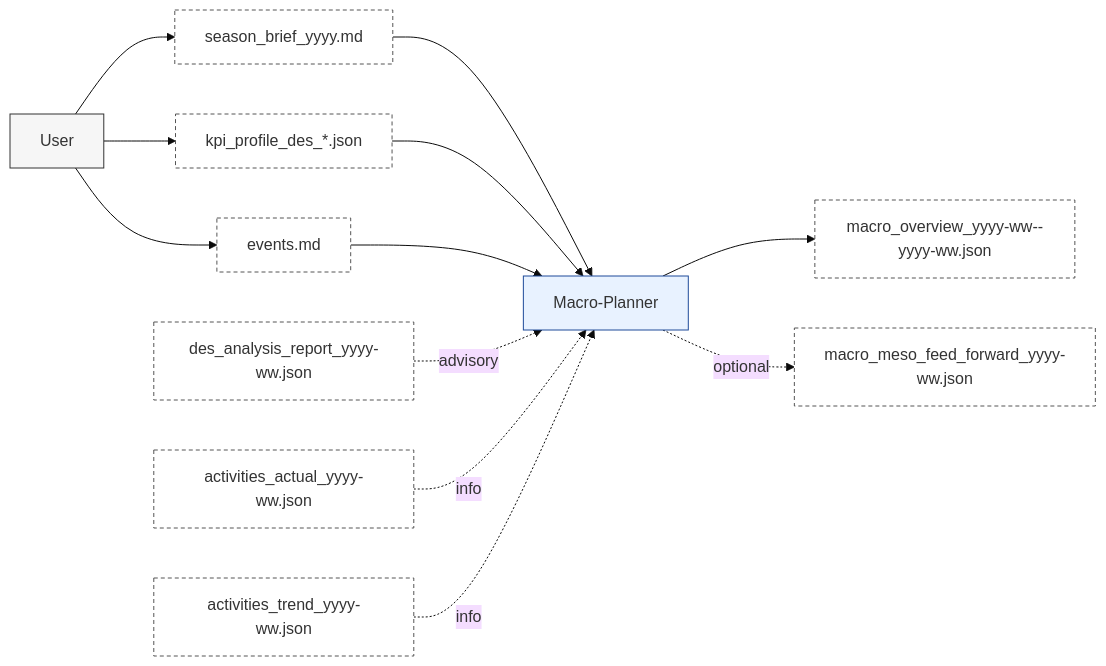
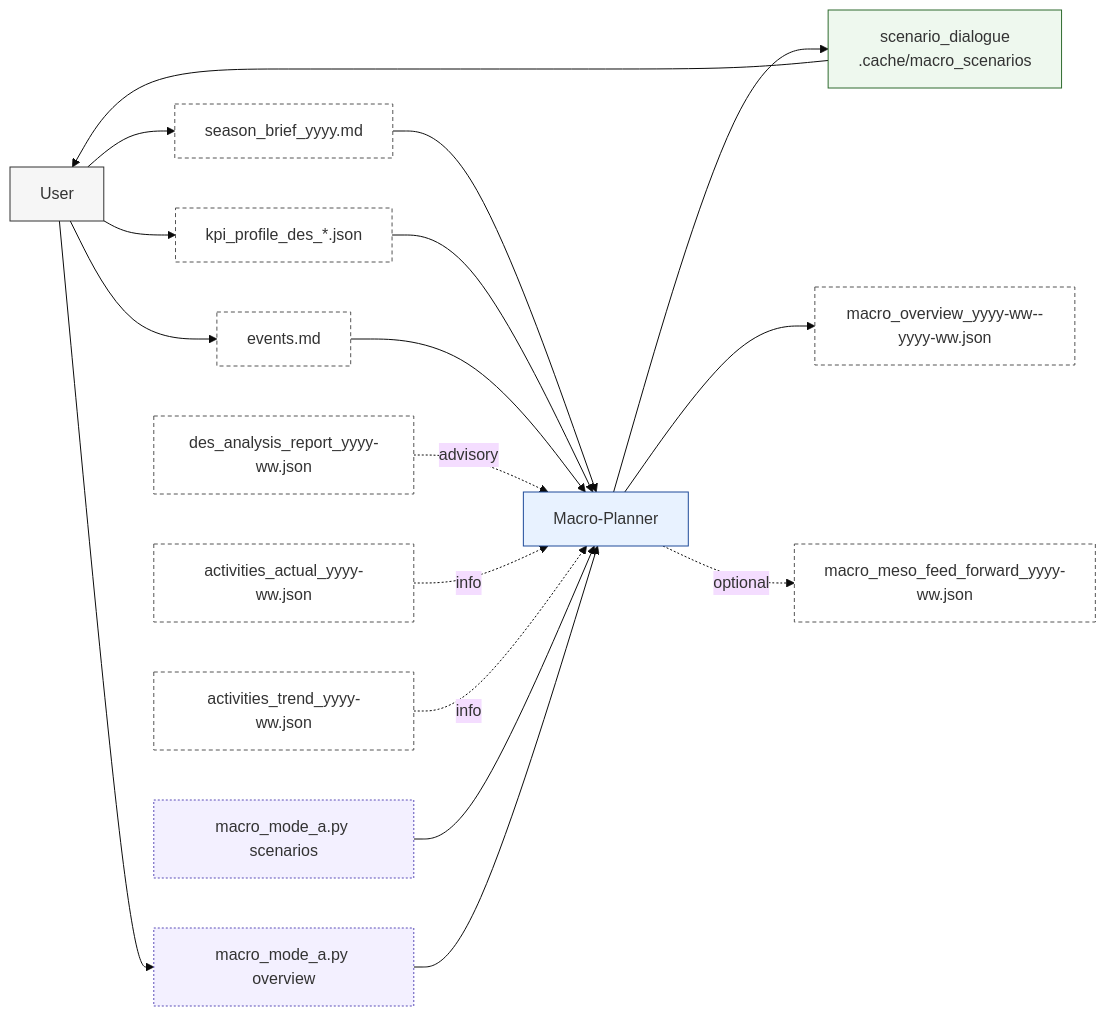
The second of 7 diagrams in doc/artefact_flow_overview_and_detail.md (albauer-priv/RPS), drawn with Mermaid (base theme) before and after one commit. The commit also changed other lines of this file and 45 other files, not shown here.

````diff
--- a/doc/artefact_flow_overview_and_detail.md
+++ b/doc/artefact_flow_overview_and_detail.md
@@ -115,16 +118,22 @@
 ```mermaid
 flowchart LR
   U[User]:::actor --> SB[season_brief_yyyy.md]:::artefact --> MA[Macro-Planner]:::agent
   U --> KP[kpi_profile_des_*.json]:::artefact --> MA
   U --> EV[events.md]:::artefact --> MA
   DR[des_analysis_report_yyyy-ww.json]:::artefact -. advisory .-> MA
   AA[activities_actual_yyyy-ww.json]:::artefact -. info .-> MA
   AT[activities_trend_yyyy-ww.json]:::artefact -. info .-> MA
 
+  S1[macro_mode_a.py scenarios]:::script --> MA
+  MA --> SCN[scenario_dialogue<br/>.cache/macro_scenarios]:::component --> U
+  U --> S2[macro_mode_a.py overview]:::script --> MA
+
   MA --> MO[macro_overview_yyyy-ww--yyyy-ww.json]:::artefact
   MA -. optional .-> MMFF[macro_meso_feed_forward_yyyy-ww.json]:::artefact
 
   classDef actor fill:#f6f6f6,stroke:#333,stroke-width:1px;
   classDef agent fill:#e8f2ff,stroke:#1f4b99,stroke-width:1px;
   classDef artefact fill:#ffffff,stroke:#555,stroke-dasharray: 4 3,stroke-width:1px;
+  classDef script fill:#f3f0ff,stroke:#5b4db8,stroke-width:1px,stroke-dasharray: 2 2;
+  classDef component fill:#eef8ee,stroke:#2f6b2f,stroke-width:1px;
 ```
````
